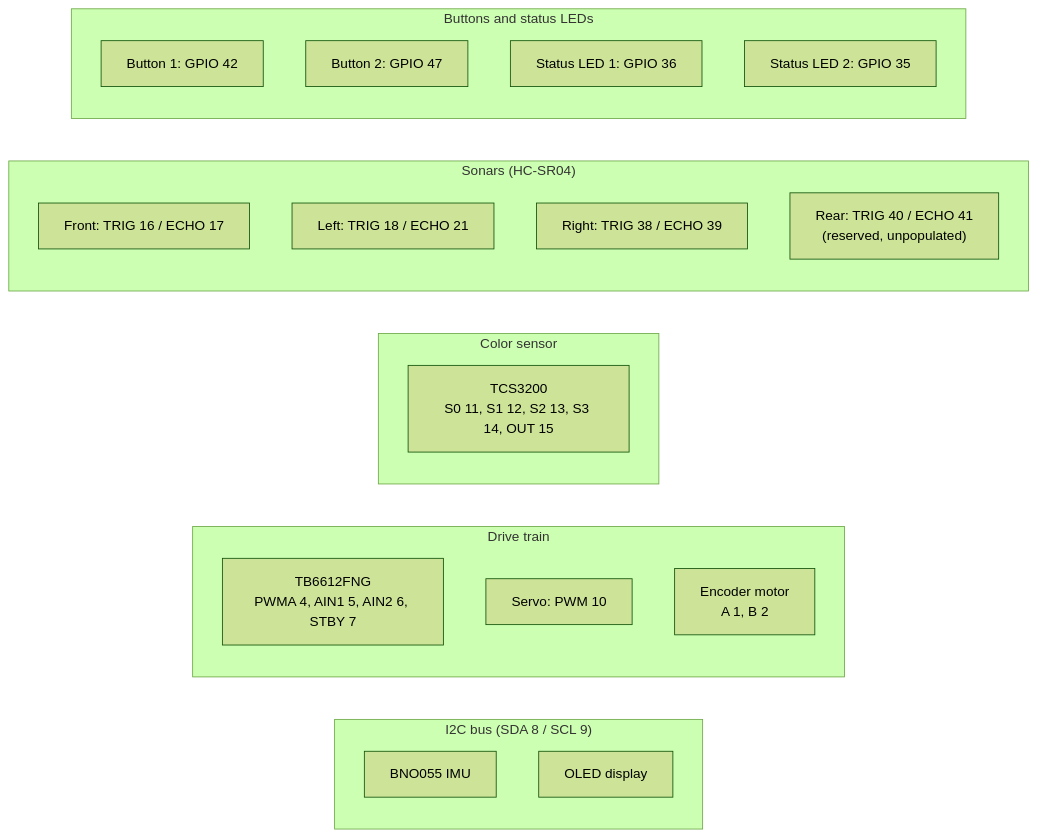
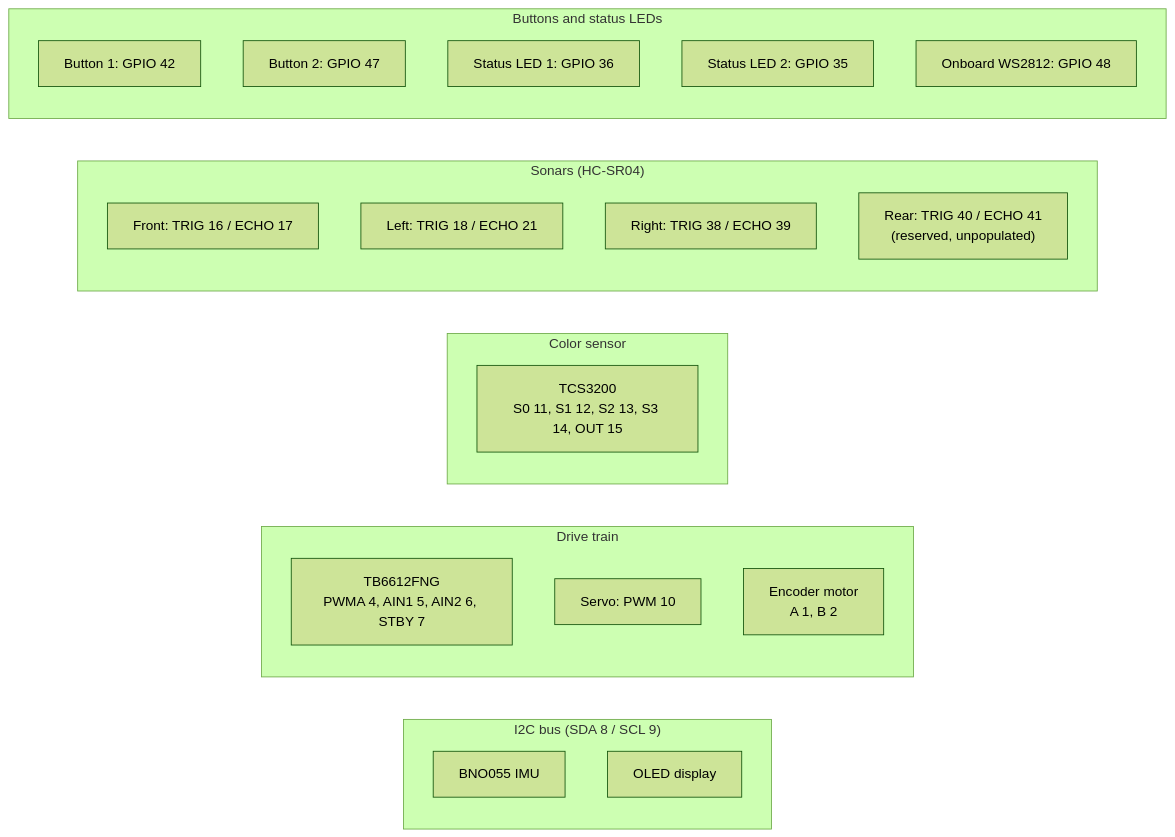
Before and after one commit to muztahiddurjoy/gorur_gari_2026: the diagram in firmware/pin-map.md, drawn with Mermaid (forest theme). The commit also changed other lines of this file and 44 other files, not shown here.

````diff
--- a/firmware/pin-map.md
+++ b/firmware/pin-map.md
@@ -7,27 +7,28 @@
 ```mermaid
 flowchart LR
     subgraph I2C["I2C bus (SDA 8 / SCL 9)"]
         IMU["BNO055 IMU"]
         OLED["OLED display"]
     end
     subgraph DRIVE["Drive train"]
         MOTOR["TB6612FNG\nPWMA 4, AIN1 5, AIN2 6, STBY 7"]
         SERVO["Servo: PWM 10"]
         ENC["Encoder motor\nA 1, B 2"]
     end
     subgraph COLOR["Color sensor"]
         TCS["TCS3200\nS0 11, S1 12, S2 13, S3 14, OUT 15"]
     end
     subgraph SONAR["Sonars (HC-SR04)"]
         SF["Front: TRIG 16 / ECHO 17"]
         SL["Left: TRIG 18 / ECHO 21"]
         SR["Right: TRIG 38 / ECHO 39"]
         SREAR["Rear: TRIG 40 / ECHO 41\n(reserved, unpopulated)"]
     end
     subgraph IO["Buttons and status LEDs"]
         B1["Button 1: GPIO 42"]
         B2["Button 2: GPIO 47"]
         L1["Status LED 1: GPIO 36"]
         L2["Status LED 2: GPIO 35"]
+        L3["Onboard WS2812: GPIO 48"]
     end
 ```
````
